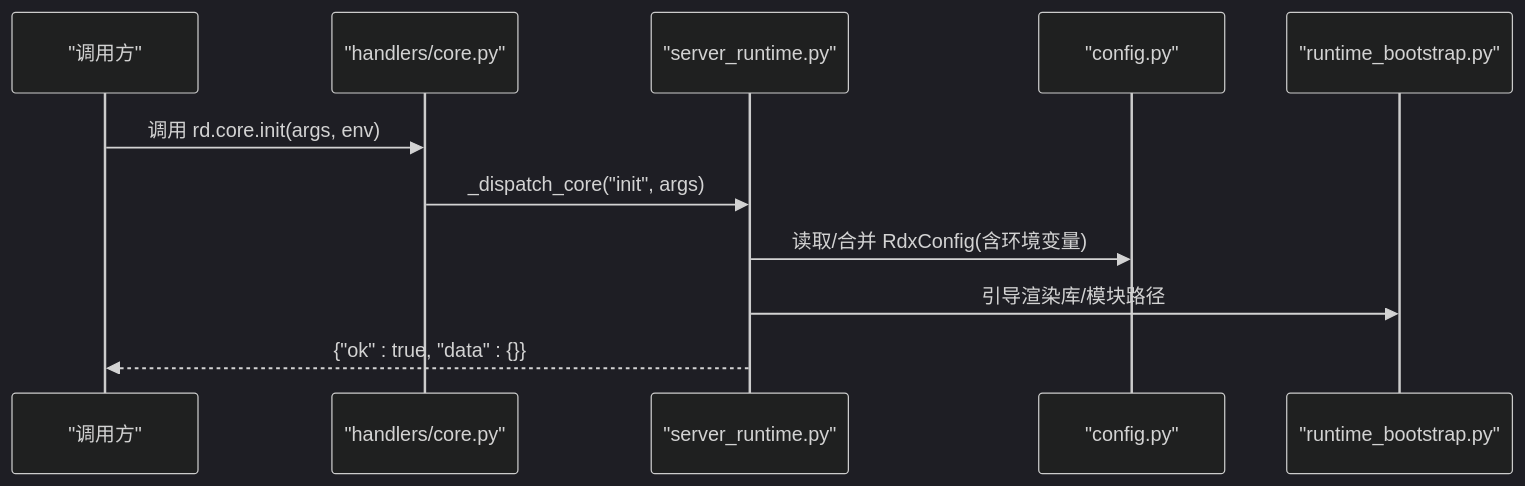
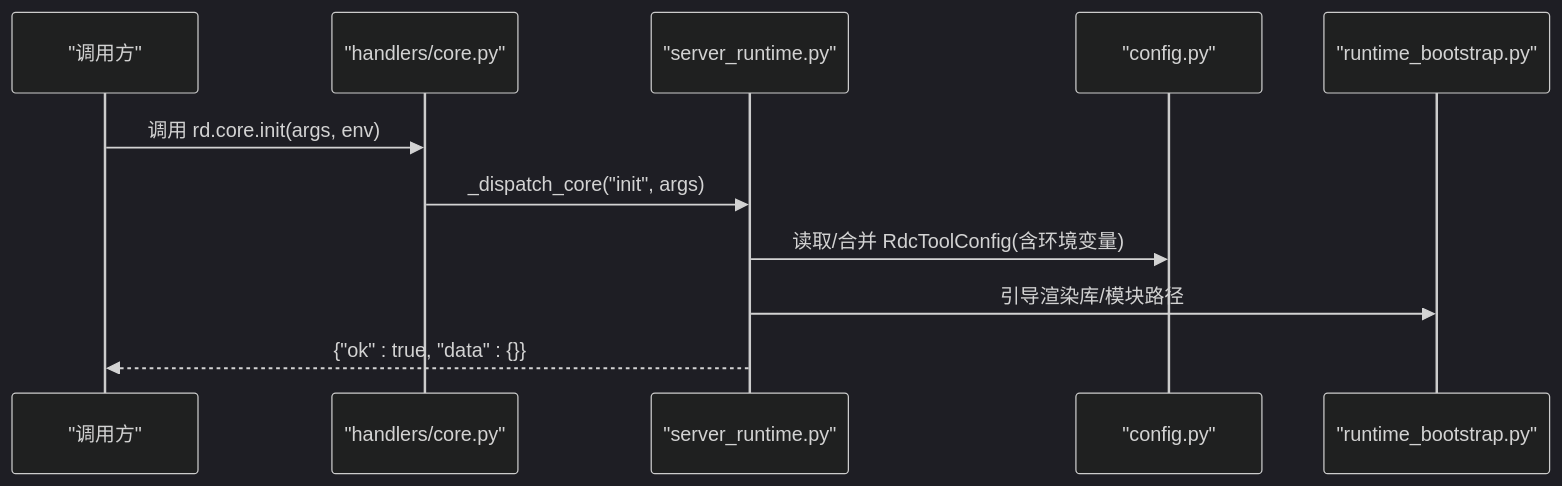
One commit to haolange/RDC-Tool changed the second of 7 diagrams in .qoder/repowiki/zh/content/API规范/核心与环境管理API.md. Above: the diagram before and after it, drawn with Mermaid (dark theme). The commit also changed other lines of this file and 388 other files, not shown here.

First line of the commit message:
Release RDC-Tool identity and public maintenance surface

````diff
--- a/.qoder/repowiki/zh/content/API规范/核心与环境管理API.md
+++ b/.qoder/repowiki/zh/content/API规范/核心与环境管理API.md
@@ -71,13 +71,13 @@
 ```mermaid
 sequenceDiagram
 participant C as "调用方"
 participant H as "handlers/core.py"
 participant SR as "server_runtime.py"
 participant CFG as "config.py"
 participant RB as "runtime_bootstrap.py"
 C->>H : 调用 rd.core.init(args, env)
 H->>SR : _dispatch_core("init", args)
-SR->>CFG : 读取/合并 RdxConfig(含环境变量)
+SR->>CFG : 读取/合并 RdcToolConfig(含环境变量)
 SR->>RB : 引导渲染库/模块路径
 SR-->>C : {"ok" : true, "data" : {}}
 ```
````
